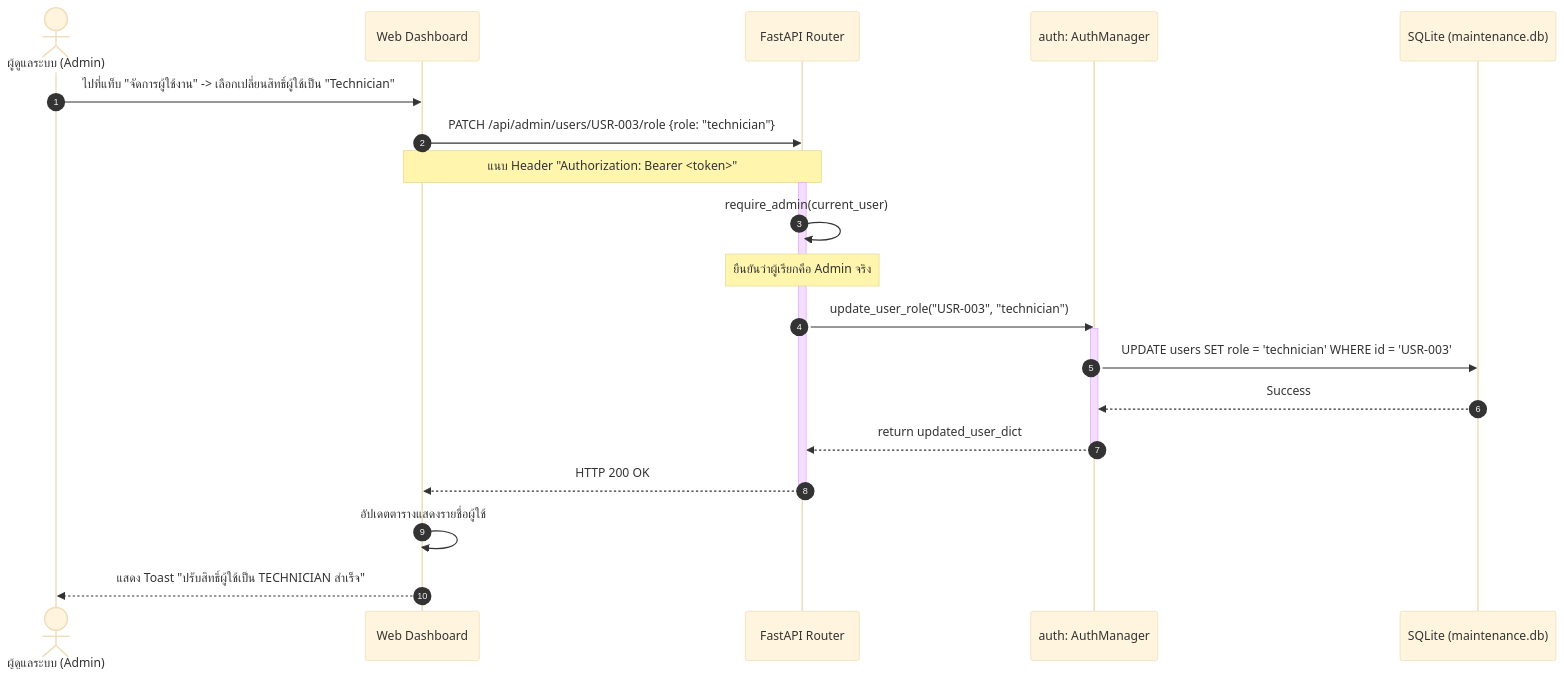
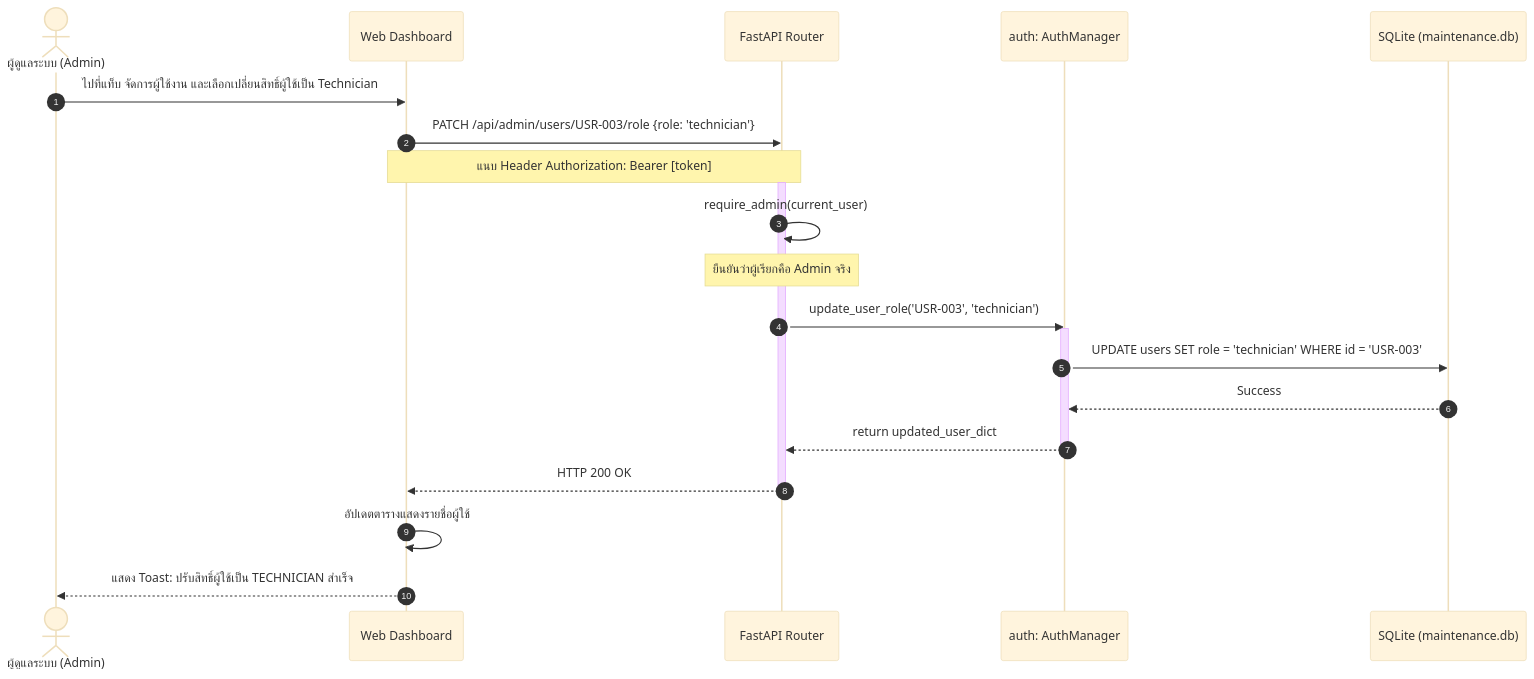
The sixth of 6 diagrams in README.md (Kitikon15/Quick-Maintenance-Tracker), drawn with Mermaid (base theme) before and after one commit. The commit also changed other lines of this file and 6 other files, not shown here.

````diff
--- a/README.md
+++ b/README.md
@@ -280,26 +280,26 @@
 ```mermaid
 sequenceDiagram
     autonumber
     actor Admin as ผู้ดูแลระบบ (Admin)
     participant UI as Web Dashboard
     participant API as FastAPI Router
     participant Auth as auth: AuthManager
     participant DB as SQLite (maintenance.db)
 
-    Admin ->> UI: ไปที่แท็บ "จัดการผู้ใช้งาน" -> เลือกเปลี่ยนสิทธิ์ผู้ใช้เป็น "Technician"
-    UI ->> API: PATCH /api/admin/users/USR-003/role {role: "technician"}
-    Note over UI, API: แนบ Header "Authorization: Bearer <token>"
+    Admin ->> UI: ไปที่แท็บ จัดการผู้ใช้งาน และเลือกเปลี่ยนสิทธิ์ผู้ใช้เป็น Technician
+    UI ->> API: PATCH /api/admin/users/USR-003/role {role: 'technician'}
+    Note over UI, API: แนบ Header Authorization: Bearer [token]
     activate API
     API ->> API: require_admin(current_user)
     Note over API: ยืนยันว่าผู้เรียกคือ Admin จริง
-    API ->> Auth: update_user_role("USR-003", "technician")
+    API ->> Auth: update_user_role('USR-003', 'technician')
     activate Auth
     Auth ->> DB: UPDATE users SET role = 'technician' WHERE id = 'USR-003'
     DB -->> Auth: Success
     Auth -->> API: return updated_user_dict
     deactivate Auth
     API -->> UI: HTTP 200 OK
     deactivate API
     UI ->> UI: อัปเดตตารางแสดงรายชื่อผู้ใช้
-    UI -->> Admin: แสดง Toast "ปรับสิทธิ์ผู้ใช้เป็น TECHNICIAN สำเร็จ"
+    UI -->> Admin: แสดง Toast: ปรับสิทธิ์ผู้ใช้เป็น TECHNICIAN สำเร็จ
 ```
````
